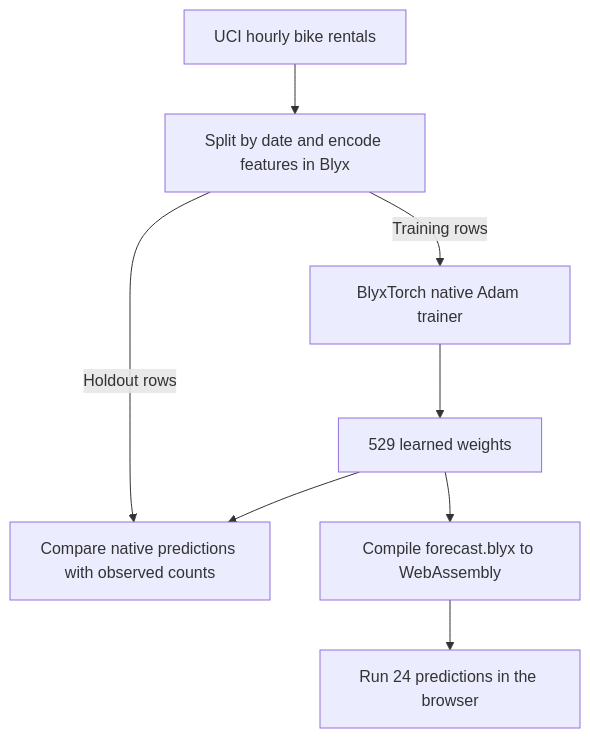
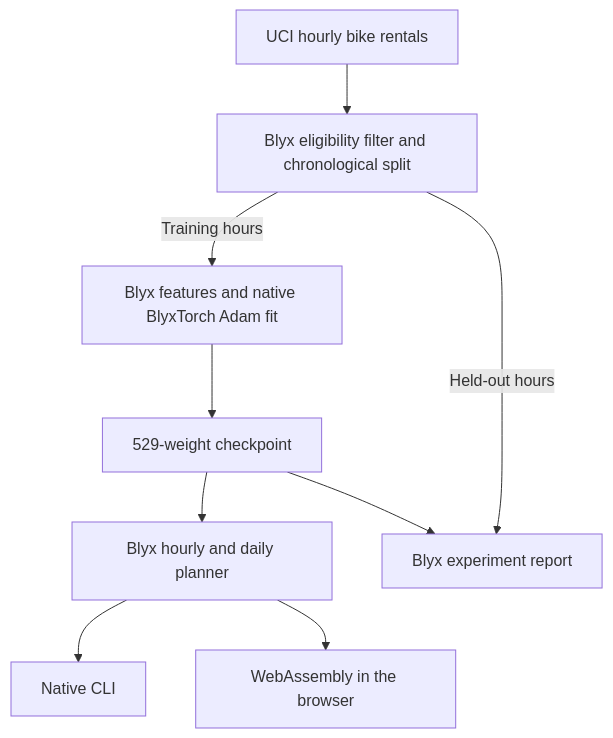
Before and after one commit to Rahulchaube1/spokecast-blyxtorch: the diagram in README.md, drawn with Mermaid. The commit also changed other lines of this file and 31 other files, not shown here.

Commit message:
Implement the native and web planner, training pipeline, and experiments in Blyx

````diff
--- a/README.md
+++ b/README.md
@@ -21,10 +45,11 @@
 ```mermaid
 flowchart TD
-    A["UCI hourly bike rentals"] --> B["Split by date and encode features in Blyx"]
-    B -->|Training rows| C["BlyxTorch native Adam trainer"]
-    C --> D["529 learned weights"]
-    B -->|Holdout rows| E["Compare native predictions with observed counts"]
-    D --> E
-    D --> F["Compile forecast.blyx to WebAssembly"]
-    F --> G["Run 24 predictions in the browser"]
+    A["UCI hourly bike rentals"] --> B["Blyx eligibility filter and chronological split"]
+    B -->|Training hours| C["Blyx features and native BlyxTorch Adam fit"]
+    C --> D["529-weight checkpoint"]
+    D --> E["Blyx hourly and daily planner"]
+    E --> F["Native CLI"]
+    E --> G["WebAssembly in the browser"]
+    B -->|Held-out hours| H["Blyx experiment report"]
+    D --> H
 ```
````
